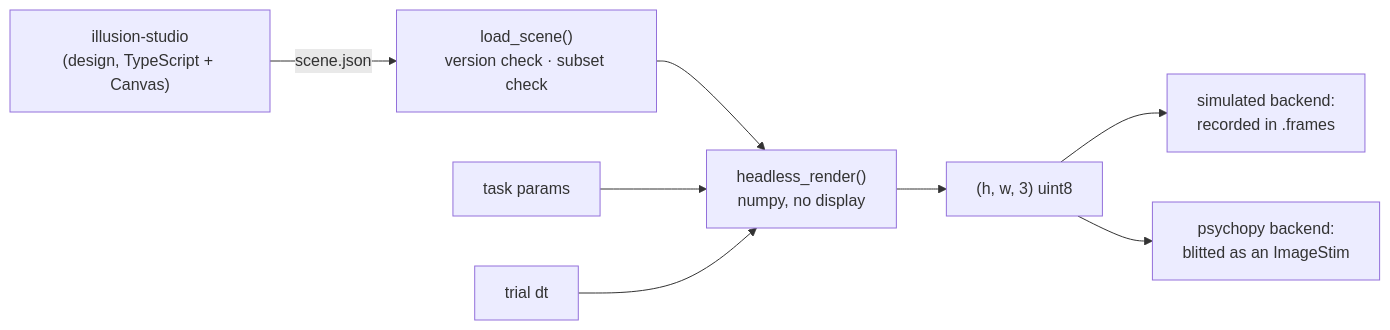
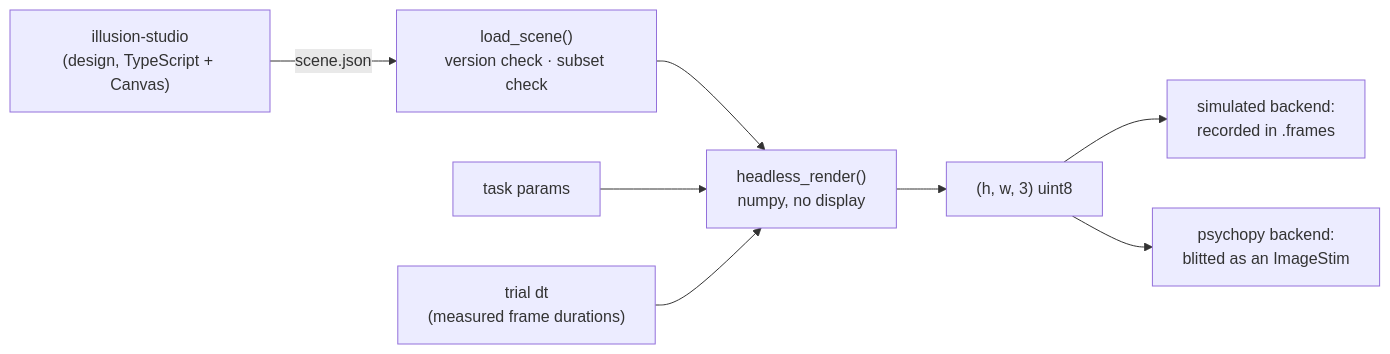
Before and after one commit to sh4r11f/alhazen: the diagram in docs/scenes.md, drawn with Mermaid. The commit also changed other lines of this file and 5 other files, not shown here.

````diff
--- a/docs/scenes.md
+++ b/docs/scenes.md
@@ -10,10 +10,10 @@
 ```mermaid
 graph LR
     STUDIO["illusion-studio<br/>(design, TypeScript + Canvas)"] -->|"scene.json"| LOAD
     LOAD["load_scene()<br/>version check · subset check"] --> RENDER
     PARAMS["task params"] --> RENDER
-    CLOCK["trial dt"] --> RENDER
+    CLOCK["trial dt<br/>(measured frame durations)"] --> RENDER
     RENDER["headless_render()<br/>numpy, no display"] --> ARRAY["(h, w, 3) uint8"]
     ARRAY --> SIM["simulated backend:<br/>recorded in .frames"]
     ARRAY --> PSY["psychopy backend:<br/>blitted as an ImageStim"]
 ```
````
